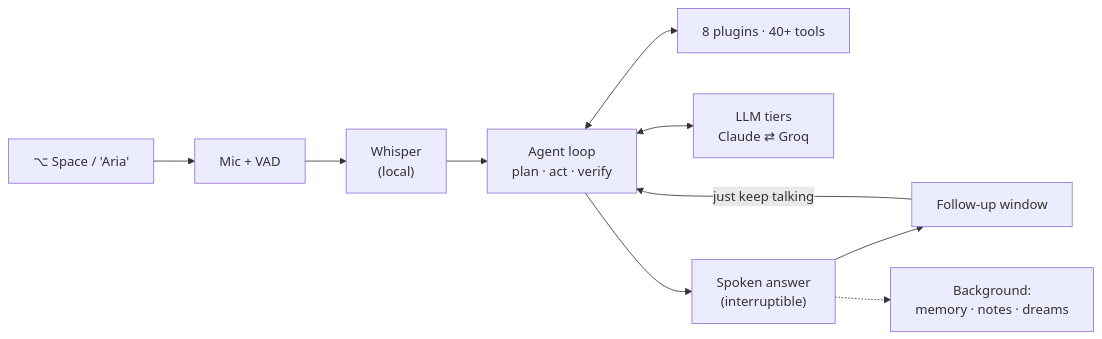
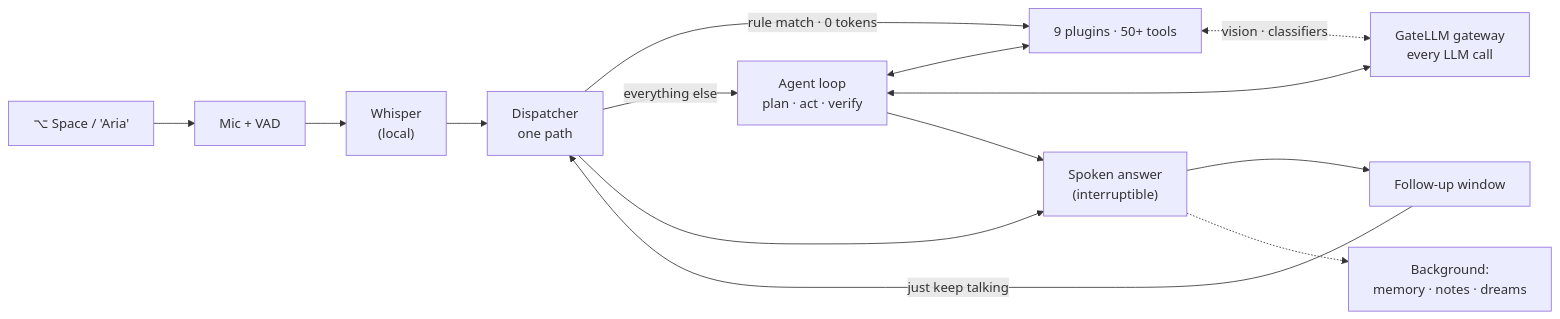
One commit to Bhanu1299/Aria changed the first of 5 diagrams in README.md. Above: the diagram before and after it, drawn with Mermaid. The commit also changed other lines of this file and 37 other files, not shown here.

First line of the commit message:
feat: one-path dispatcher and every LLM call through GateLLM

````diff
--- a/README.md
+++ b/README.md
@@ -49,12 +52,16 @@
 ```mermaid
 flowchart LR
     T["⌥ Space  /  'Aria'"] --> M["Mic + VAD"]
     M --> W["Whisper<br/>(local)"]
-    W --> A["Agent loop<br/>plan · act · verify"]
-    A <--> P["8 plugins · 40+ tools"]
-    A <--> L["LLM tiers<br/>Claude ⇄ Groq"]
-    A --> S["Spoken answer<br/>(interruptible)"]
+    W --> D["Dispatcher<br/>one path"]
+    D -->|"rule match · 0 tokens"| P["9 plugins · 50+ tools"]
+    D -->|"everything else"| A["Agent loop<br/>plan · act · verify"]
+    A <--> P
+    A <--> G["GateLLM gateway<br/>every LLM call"]
+    P <-.->|"vision · classifiers"| G
+    D --> S["Spoken answer<br/>(interruptible)"]
+    A --> S
     S --> C["Follow-up window"]
-    C -->|"just keep talking"| A
+    C -->|"just keep talking"| D
     S -.-> X["Background:<br/>memory · notes · dreams"]
 ```
````
